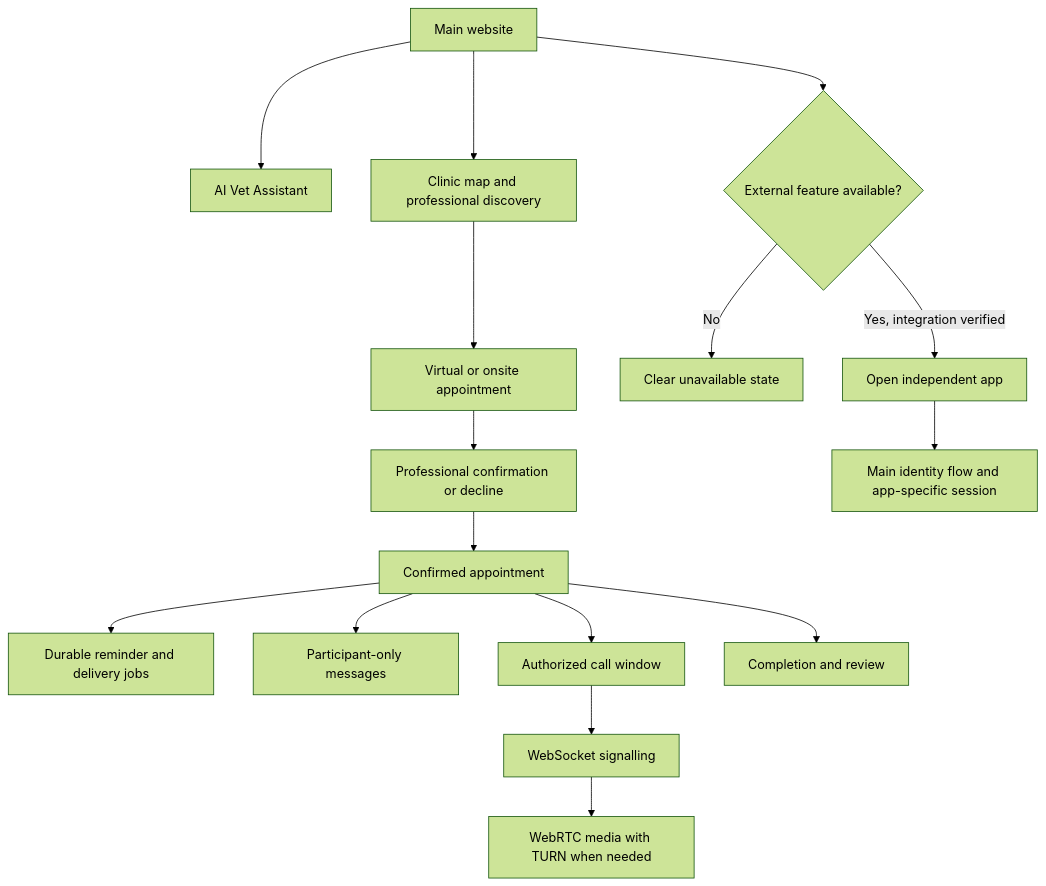
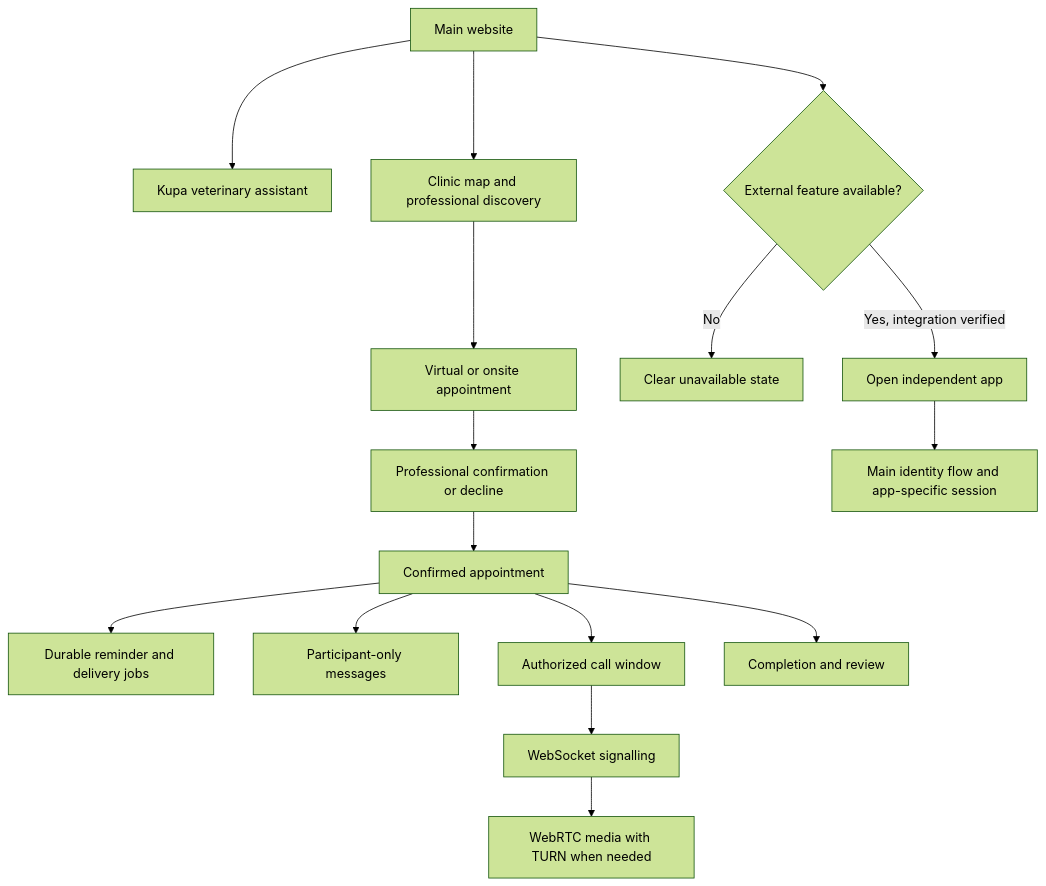
Before and after one commit to iHoshiii/Vetify: the second of 3 diagrams in docs/flowchart.md, drawn with Mermaid (forest theme). The commit also changed other lines of this file and 28 other files, not shown here.

````diff
--- a/docs/flowchart.md
+++ b/docs/flowchart.md
@@ -34,18 +34,18 @@
 ```mermaid
 flowchart TD
-    Home[Main website] --> Guidance[AI Vet Assistant]
+    Home[Main website] --> Guidance[Kupa veterinary assistant]
     Home --> Directory[Clinic map and professional discovery]
     Directory --> Booking[Virtual or onsite appointment]
     Booking --> Decision[Professional confirmation or decline]
     Decision --> Confirmed[Confirmed appointment]
     Confirmed --> Reminders[Durable reminder and delivery jobs]
     Confirmed --> Messages[Participant-only messages]
     Confirmed --> Room[Authorized call window]
     Room --> Signals[WebSocket signalling]
     Signals --> Media[WebRTC media with TURN when needed]
     Confirmed --> Completion[Completion and review]
     Home --> External{External feature available?}
     External -->|No| Unavailable[Clear unavailable state]
     External -->|Yes, integration verified| Launch[Open independent app]
     Launch --> Auth[Main identity flow and app-specific session]
 ```
````
